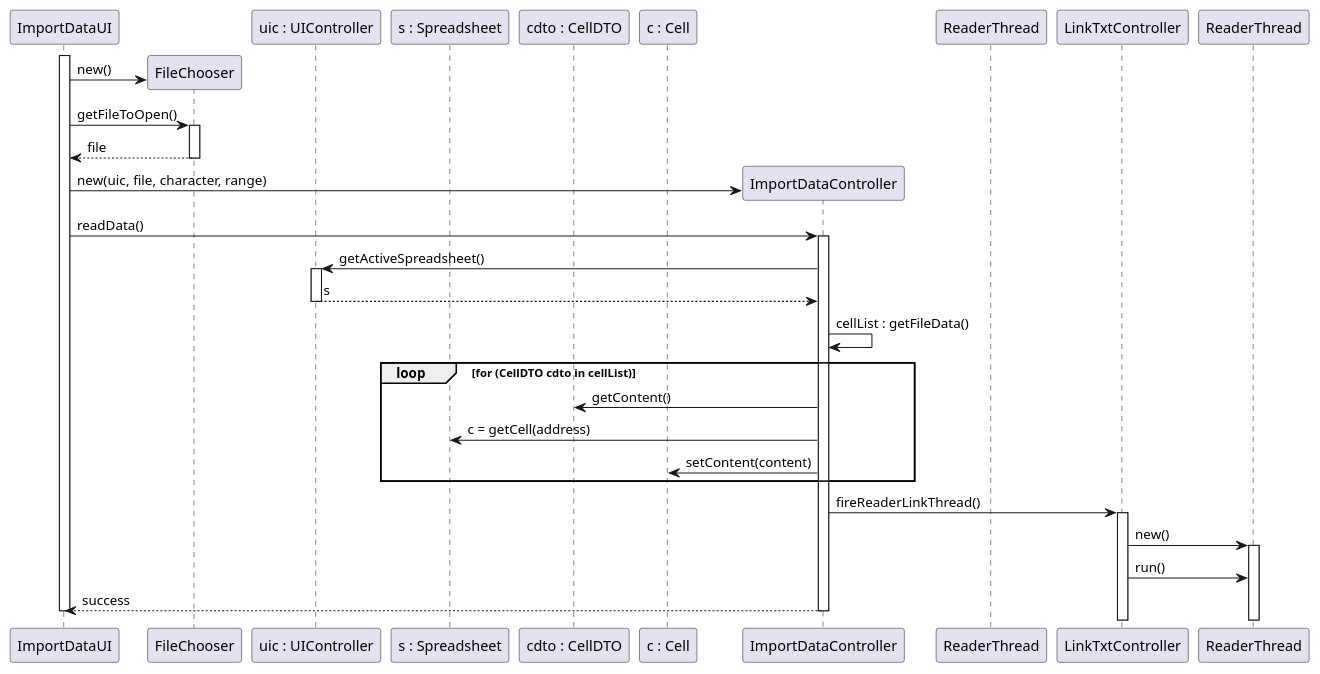
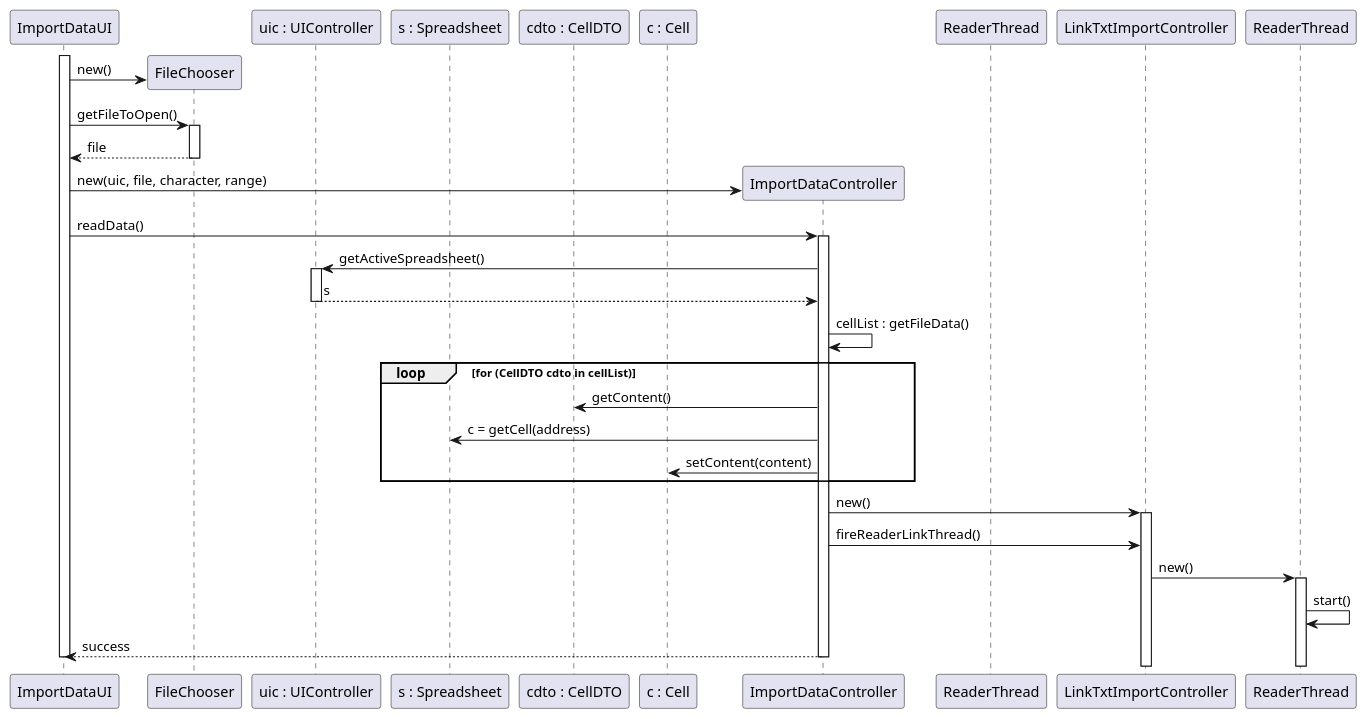
The diagram in src/main/java/lapr4/blue/s2/ipc/n1141570/importExportTxtLink/ipc04_02_design_import.puml (MikeTekOn/lapr4-2017-2dd), drawn with PlantUML before and after one commit. The commit also changed 12 other files, not shown here.

```diff
--- a/src/main/java/lapr4/blue/s2/ipc/n1141570/importExportTxtLink/ipc04_02_design_import.puml
+++ b/src/main/java/lapr4/blue/s2/ipc/n1141570/importExportTxtLink/ipc04_02_design_import.puml
@@ -1,43 +1,44 @@
 @startuml ipc04_02_design_import.png
 
 participant "ImportDataUI" as UI
 participant "FileChooser" as FileChooser
 participant "ImportDataController" as Controller
 participant "uic : UIController" as UIController
 participant "s : Spreadsheet" as Spreadsheet
 participant "cdto : CellDTO" as CellDTO
 participant "c : Cell" as Cell
-participant "LinkTxtController" as Controller
+participant "LinkTxtImportController" as Controller
 participant "ReaderThread" as Thread
 
 activate UI
 create FileChooser
 UI -> FileChooser : new()
 UI -> FileChooser : getFileToOpen()
 activate FileChooser
 UI <-- FileChooser : file
 deactivate FileChooser
 create Controller
 UI -> Controller : new(uic, file, character, range)
 UI -> Controller : readData()
 activate Controller
 Controller -> UIController : getActiveSpreadsheet()
 activate UIController
 Controller <-- UIController : s
 deactivate UIController
 Controller -> Controller : cellList : getFileData()
 loop for (CellDTO cdto in cellList)
     Controller -> CellDTO : getContent()
     Controller -> Spreadsheet : c = getCell(address)
     Controller -> Cell : setContent(content)
 end
-Controller -> LinkTxtController : fireReaderLinkThread()
-activate LinkTxtController
-LinkTxtController -> ReaderThread : new()
+Controller -> LinkTxtImportController : new()
+activate LinkTxtImportController
+Controller -> LinkTxtImportController : fireReaderLinkThread()
+LinkTxtImportController -> ReaderThread : new()
 activate ReaderThread
-LinkTxtController -> ReaderThread : run()
+ReaderThread -> ReaderThread : start()
 UI <-- Controller : success
 deactivate Controller
 deactivate UI
 
 @enduml ipc04_02_design_import.png
```
